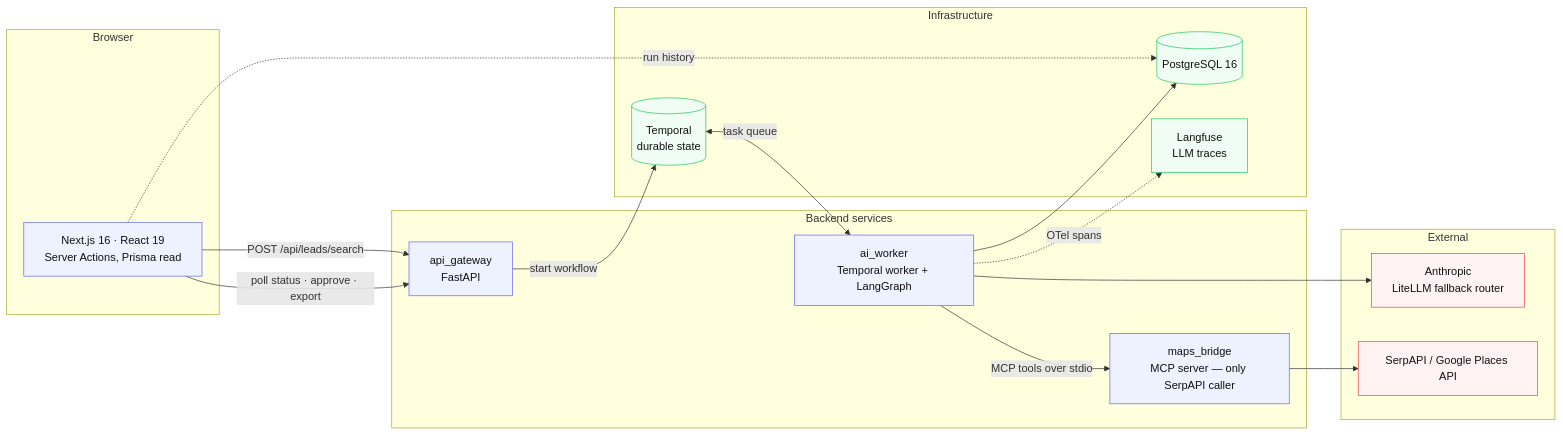
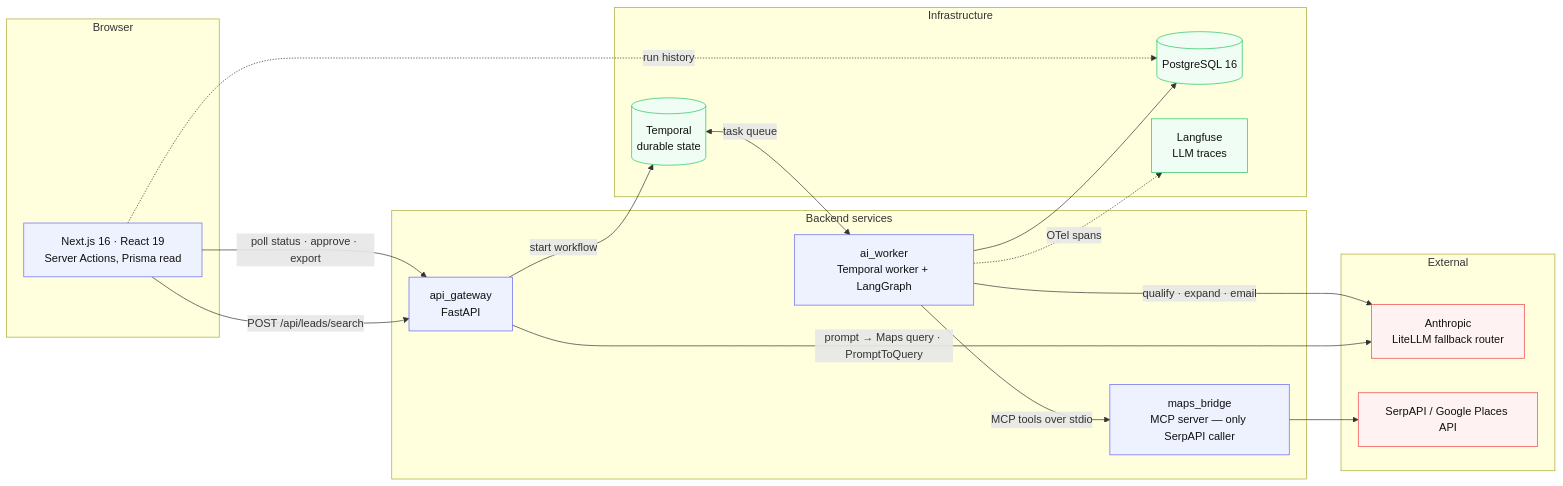
One commit to KVM1L03/lead-ia changed the second of 2 diagrams in README.md. Above: the diagram before and after it, drawn with Mermaid. The commit also changed other lines of this file and 1 other file, not shown here.

First line of the commit message:
docs: correct pipeline order, activity boundary, and email length claims

````diff
--- a/README.md
+++ b/README.md
@@ -89,41 +85,42 @@
 ```mermaid
 flowchart LR
     subgraph client["Browser"]
         UI["Next.js 16 · React 19<br/>Server Actions, Prisma read"]
     end
 
     subgraph backend["Backend services"]
         API["api_gateway<br/>FastAPI"]
         WORKER["ai_worker<br/>Temporal worker + LangGraph"]
         MCP["maps_bridge<br/>MCP server — only SerpAPI caller"]
     end
 
     subgraph infra["Infrastructure"]
         TEMPORAL[("Temporal<br/>durable state")]
         PG[("PostgreSQL 16")]
         LF["Langfuse<br/>LLM traces"]
     end
 
     subgraph ext["External"]
         LLM["Anthropic<br/>LiteLLM fallback router"]
         MAPS["SerpAPI / Google Places API"]
     end
 
     UI -->|"POST /api/leads/search"| API
     UI -->|"poll status · approve · export"| API
     UI -.->|"run history"| PG
+    API -->|"prompt → Maps query · PromptToQuery"| LLM
     API -->|start workflow| TEMPORAL
     TEMPORAL <-->|task queue| WORKER
     WORKER -->|MCP tools over stdio| MCP
     MCP --> MAPS
-    WORKER --> LLM
+    WORKER -->|qualify · expand · email| LLM
     WORKER --> PG
     WORKER -.->|OTel spans| LF
 
     classDef svc fill:#eef2ff,stroke:#6366f1,color:#111
     classDef store fill:#f0fdf4,stroke:#22c55e,color:#111
     classDef out fill:#fef2f2,stroke:#ef4444,color:#111
     class API,WORKER,MCP,UI svc
     class TEMPORAL,PG,LF store
     class LLM,MAPS out
 ```
````
